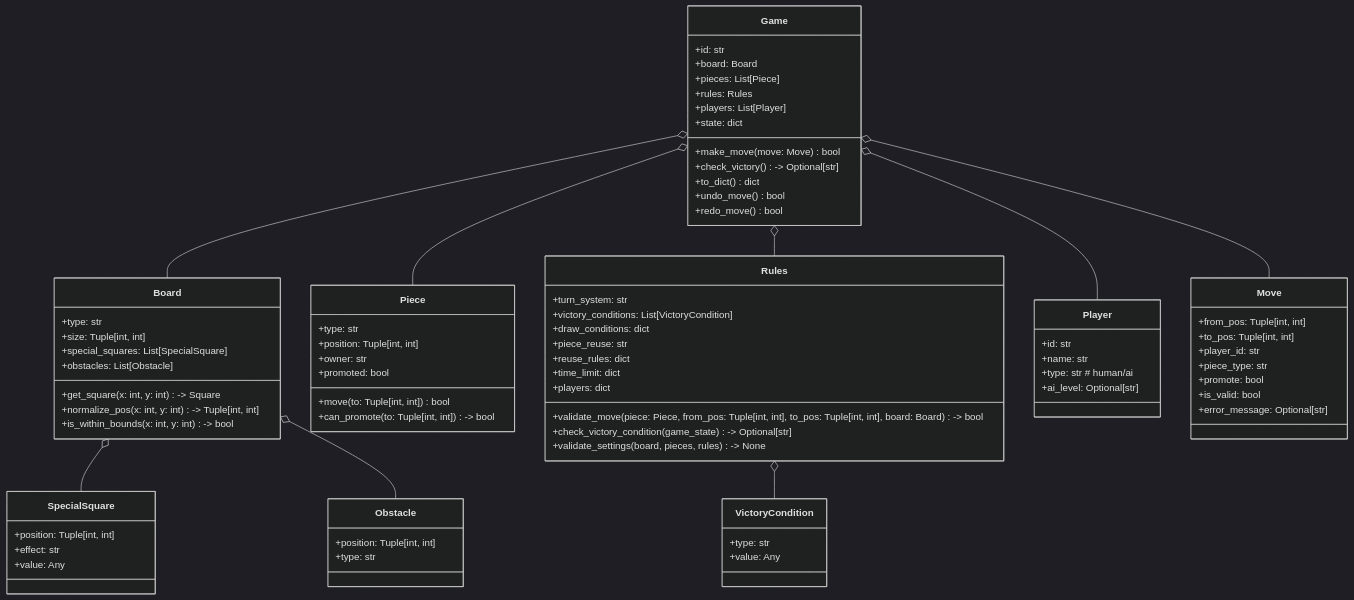
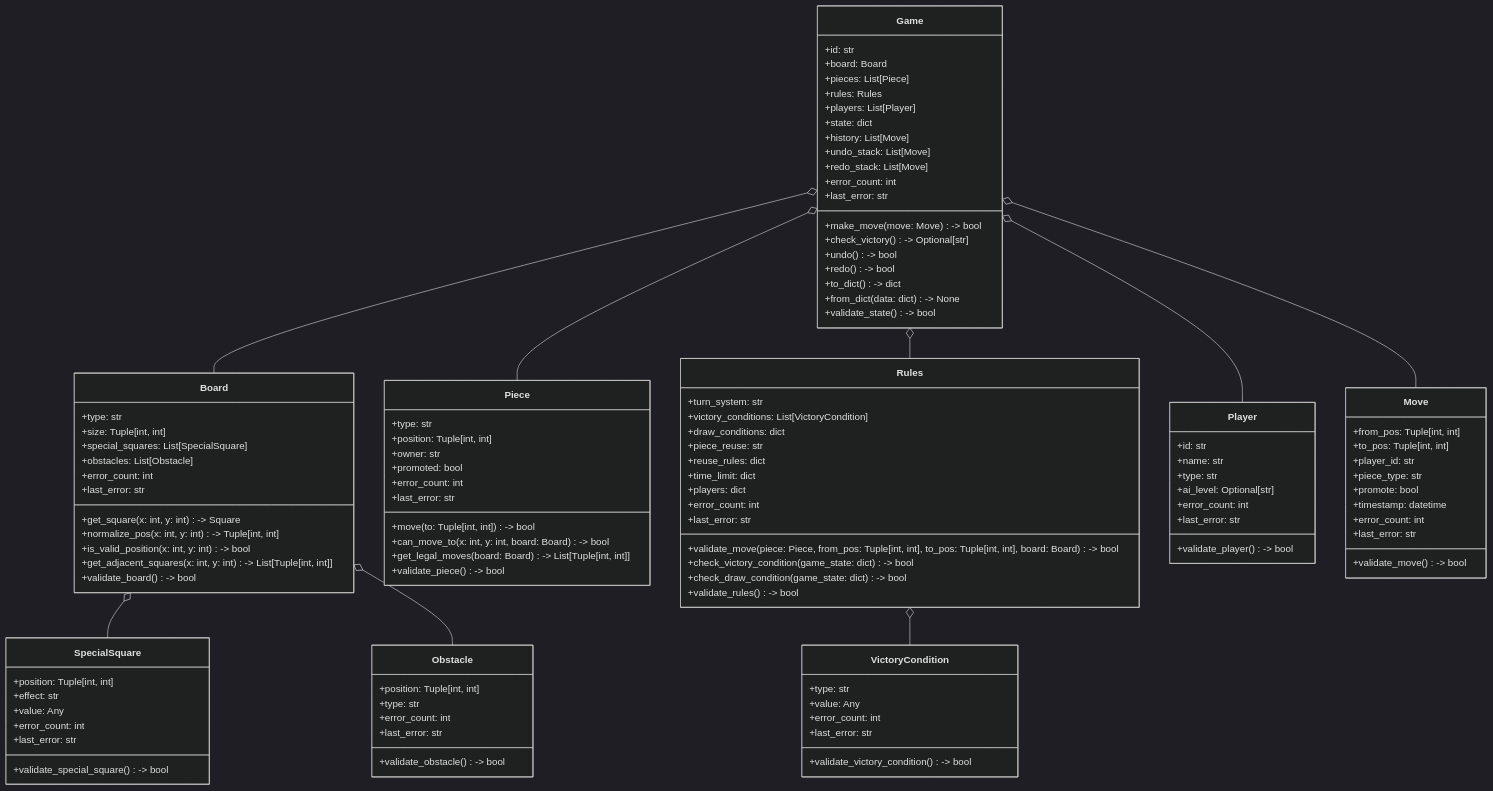
The first of 4 diagrams in specifications/03_algorithm.md (ikokeba/FelxiBoard), drawn with Mermaid (dark theme) before and after one commit. The commit also changed other lines of this file and 6 other files, not shown here.

```diff
--- a/specifications/03_algorithm.md
+++ b/specifications/03_algorithm.md
@@ -11,29 +71,47 @@
     +rules: Rules
     +players: List[Player]
     +state: dict
-    +make_move(move: Move) bool
+    +history: List[Move]
+    +undo_stack: List[Move]
+    +redo_stack: List[Move]
+    +error_count: int
+    +last_error: str
+    +make_move(move: Move) -> bool
     +check_victory() -> Optional[str]
-    +to_dict() dict
-    +undo_move() bool
-    +redo_move() bool
+    +undo() -> bool
+    +redo() -> bool
+    +to_dict() -> dict
+    +from_dict(data: dict) -> None
+    +validate_state() -> bool
   }
+  
   class Board {
     +type: str
     +size: Tuple[int, int]
     +special_squares: List[SpecialSquare]
     +obstacles: List[Obstacle]
+    +error_count: int
+    +last_error: str
     +get_square(x: int, y: int) -> Square
     +normalize_pos(x: int, y: int) -> Tuple[int, int]
-    +is_within_bounds(x: int, y: int) -> bool
+    +is_valid_position(x: int, y: int) -> bool
+    +get_adjacent_squares(x: int, y: int) -> List[Tuple[int, int]]
+    +validate_board() -> bool
   }
+  
   class Piece {
     +type: str
     +position: Tuple[int, int]
     +owner: str
     +promoted: bool
-    +move(to: Tuple[int, int]) bool
-    +can_promote(to: Tuple[int, int]) -> bool
+    +error_count: int
+    +last_error: str
+    +move(to: Tuple[int, int]) -> bool
+    +can_move_to(x: int, y: int, board: Board) -> bool
+    +get_legal_moves(board: Board) -> List[Tuple[int, int]]
+    +validate_piece() -> bool
   }
+  
   class Rules {
     +turn_system: str
     +victory_conditions: List[VictoryCondition]
@@ -42,37 +120,59 @@
     +reuse_rules: dict
     +time_limit: dict
     +players: dict
+    +error_count: int
+    +last_error: str
     +validate_move(piece: Piece, from_pos: Tuple[int, int], to_pos: Tuple[int, int], board: Board) -> bool
-    +check_victory_condition(game_state) -> Optional[str]
-    +validate_settings(board, pieces, rules) -> None
+    +check_victory_condition(game_state: dict) -> bool
+    +check_draw_condition(game_state: dict) -> bool
+    +validate_rules() -> bool
   }
+  
   class Player {
     +id: str
     +name: str
-    +type: str # human/ai
+    +type: str
     +ai_level: Optional[str]
+    +error_count: int
+    +last_error: str
+    +validate_player() -> bool
   }
+  
   class Move {
     +from_pos: Tuple[int, int]
     +to_pos: Tuple[int, int]
     +player_id: str
     +piece_type: str
     +promote: bool
-    +is_valid: bool
-    +error_message: Optional[str]
+    +timestamp: datetime
+    +error_count: int
+    +last_error: str
+    +validate_move() -> bool
   }
+  
   class SpecialSquare {
     +position: Tuple[int, int]
     +effect: str
     +value: Any
+    +error_count: int
+    +last_error: str
+    +validate_special_square() -> bool
   }
+  
   class Obstacle {
     +position: Tuple[int, int]
     +type: str
+    +error_count: int
+    +last_error: str
+    +validate_obstacle() -> bool
   }
+  
   class VictoryCondition {
     +type: str
     +value: Any
+    +error_count: int
+    +last_error: str
+    +validate_victory_condition() -> bool
   }
 
   Game o-- Board
```
